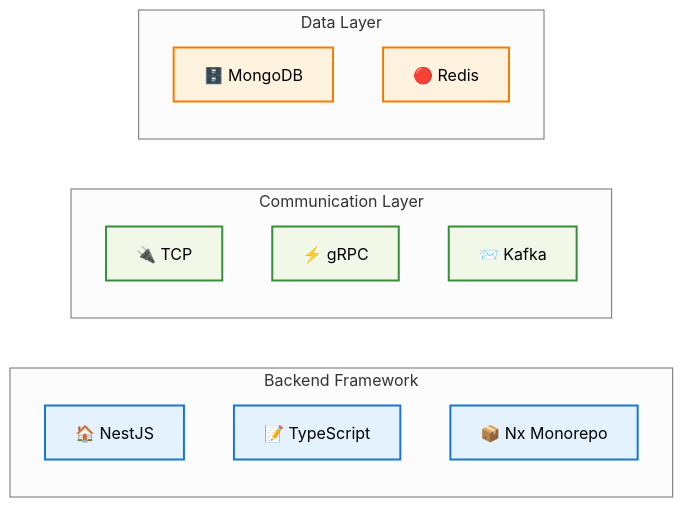
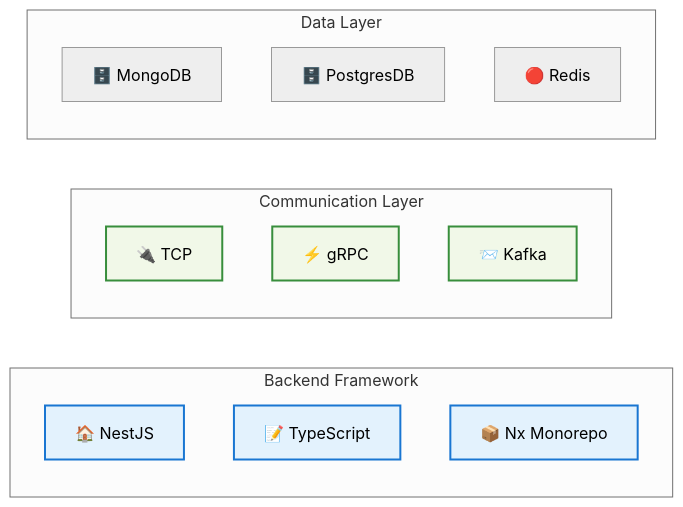
The fifth of 11 diagrams in TEACHING_GUIDE.md (thanhmati/einvoice-backend), drawn with Mermaid (neutral theme) before and after one commit. The commit also changed other lines of this file, not shown here.

````diff
--- a/TEACHING_GUIDE.md
+++ b/TEACHING_GUIDE.md
@@ -381,27 +402,28 @@
 ```mermaid
 graph LR
     subgraph Backend Framework
         NestJS["🏠 NestJS"]
         TypeScript["📝 TypeScript"]
         Nx["📦 Nx Monorepo"]
     end
-    
+
     subgraph Communication Layer
         TCP["🔌 TCP"]
         gRPC["⚡ gRPC"]
         Kafka["📨 Kafka"]
     end
-    
+
     subgraph Data Layer
         MongoDB["🗄️ MongoDB"]
+        PostgresDB["🗄️ PostgresDB"]
         Redis["🔴 Redis"]
     end
-    
+
     classDef framework fill:#e3f2fd,stroke:#1976d2,stroke-width:2px
     classDef communication fill:#f1f8e8,stroke:#388e3c,stroke-width:2px
     classDef data fill:#fff3e0,stroke:#f57c00,stroke-width:2px
-    
+
     class NestJS,TypeScript,Nx framework
     class TCP,gRPC,Kafka communication
-    class MongoDB,Redis data
+    class MongoDB,Redis data,PostgresDB
 ```
````
